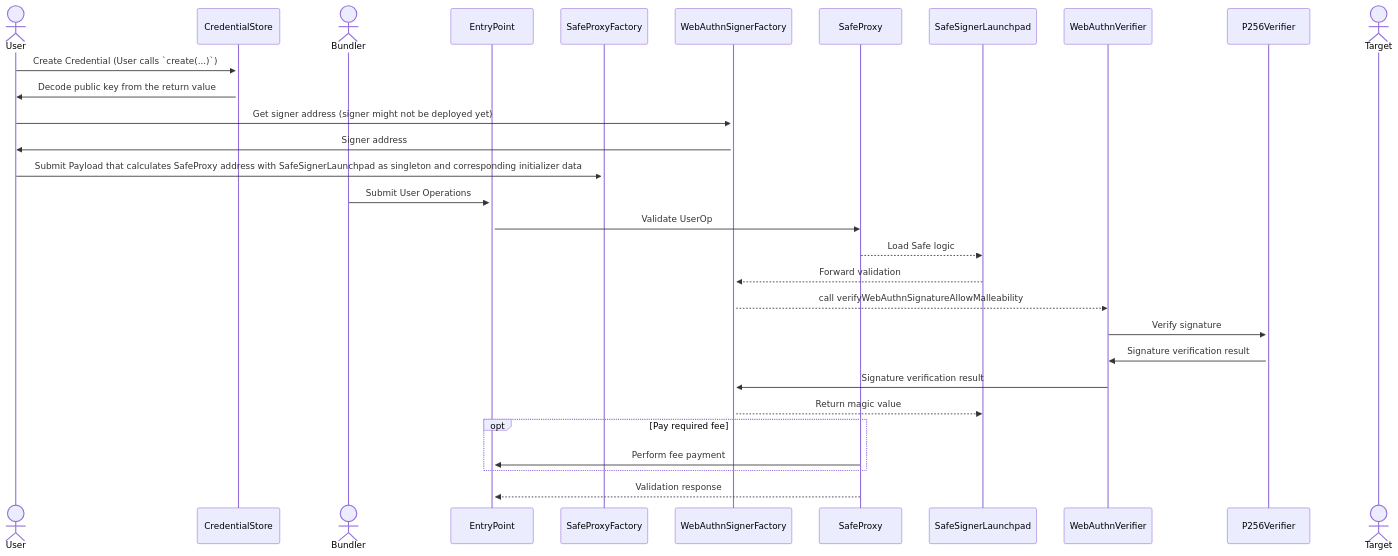
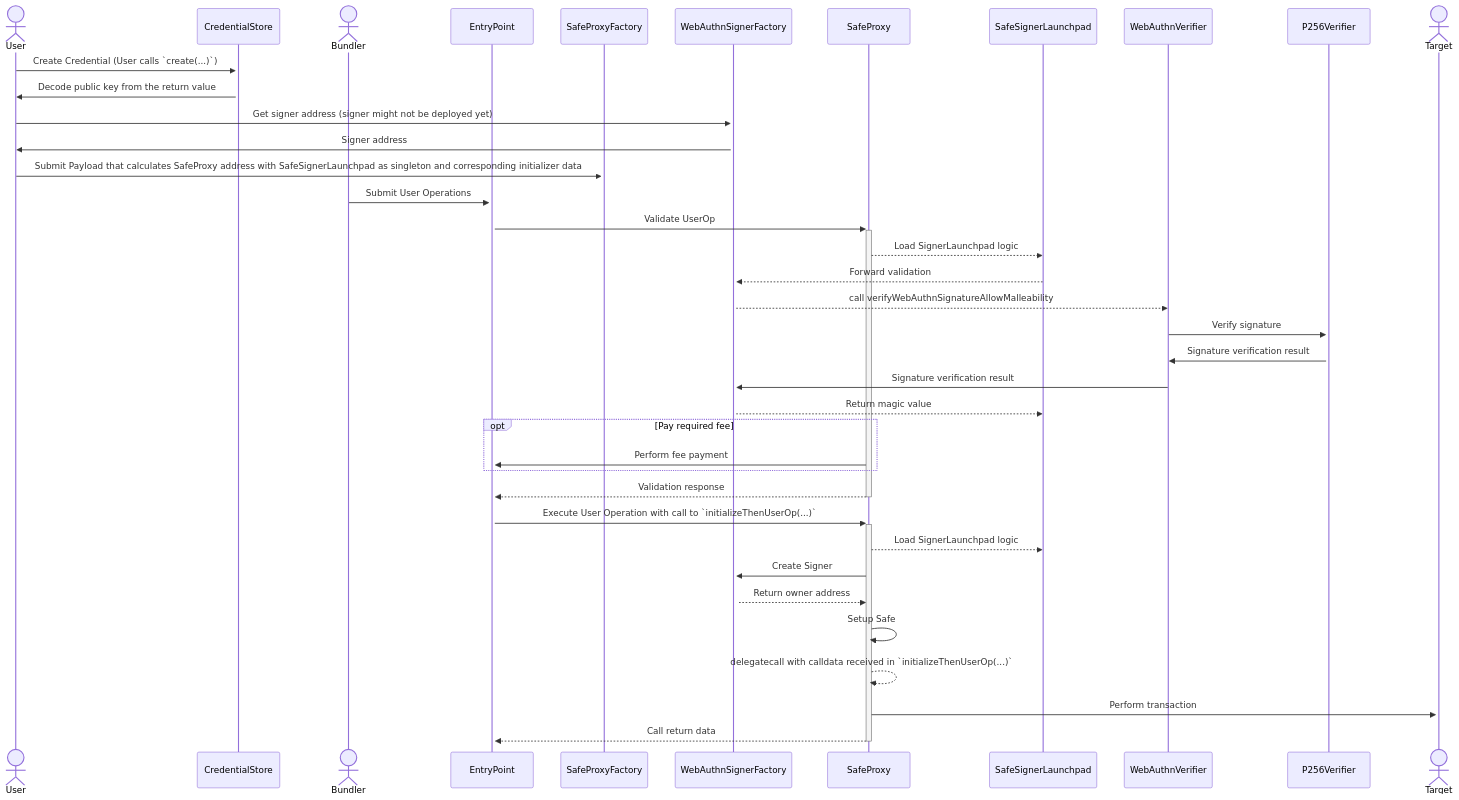
Before and after one commit to safe-global/safe-modules: the diagram in modules/passkey/README.md, drawn with Mermaid.

Commit message:
[#293] Add execution flow

````diff
--- a/modules/passkey/README.md
+++ b/modules/passkey/README.md
@@ -7,34 +7,43 @@
 ```mermaid
 sequenceDiagram
 actor U as User
 participant CS as CredentialStore
 actor B as Bundler
 participant EP as EntryPoint
 participant SPF as SafeProxyFactory
 participant WASF as WebAuthnSignerFactory
 participant SP as SafeProxy
 participant SSL as SafeSignerLaunchpad
 participant WAV as WebAuthnVerifier
 participant PV as P256Verifier
 actor T as Target
 
 U->>+CS: Create Credential (User calls `create(...)`)
 CS->>U: Decode public key from the return value
 U->>+WASF: Get signer address (signer might not be deployed yet)
 WASF->>U: Signer address
 U->>+SPF: Submit Payload that calculates SafeProxy address with SafeSignerLaunchpad as singleton and corresponding initializer data
+
 B->>+EP: Submit User Operations
-EP->>SP: Validate UserOp
-SP-->>SSL: Load Safe logic
+EP->>+SP: Validate UserOp
+SP-->>SSL: Load SignerLaunchpad logic
 SSL-->>WASF: Forward validation
 WASF-->>WAV: call verifyWebAuthnSignatureAllowMalleability
 WAV->>+PV: Verify signature
 PV->>WAV: Signature verification result
 WAV->>WASF: Signature verification result
 WASF-->>SSL: Return magic value
     opt Pay required fee
         SP->>EP: Perform fee payment
     end
-SP-->>EP: Validation response
+SP-->>-EP: Validation response
 
+EP->>+SP: Execute User Operation with call to `initializeThenUserOp(...)`
+SP-->>SSL: Load SignerLaunchpad logic
+SP->>+WASF: Create Signer
+WASF-->>SP: Return owner address
+SP->>SP: Setup Safe
+SP-->>SP: delegatecall with calldata received in `initializeThenUserOp(...)`
+SP->>+T: Perform transaction
+SP-->>-EP: Call return data
 ```
````
